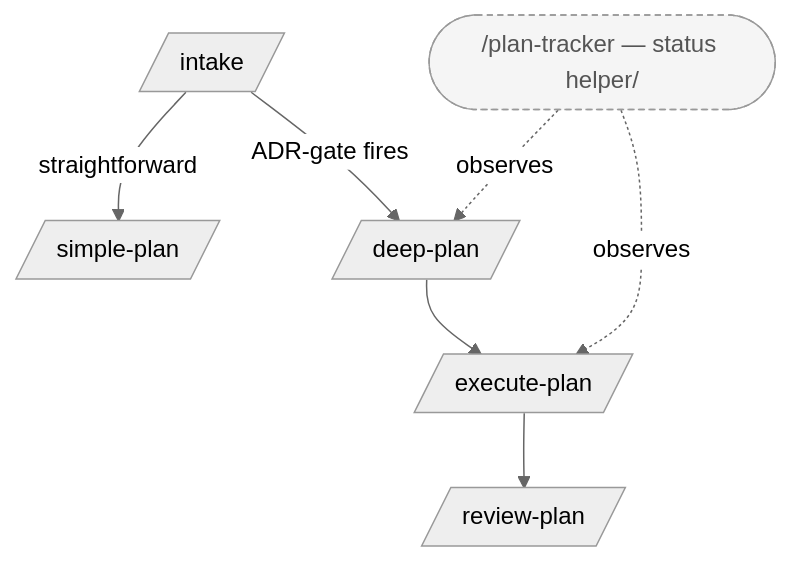
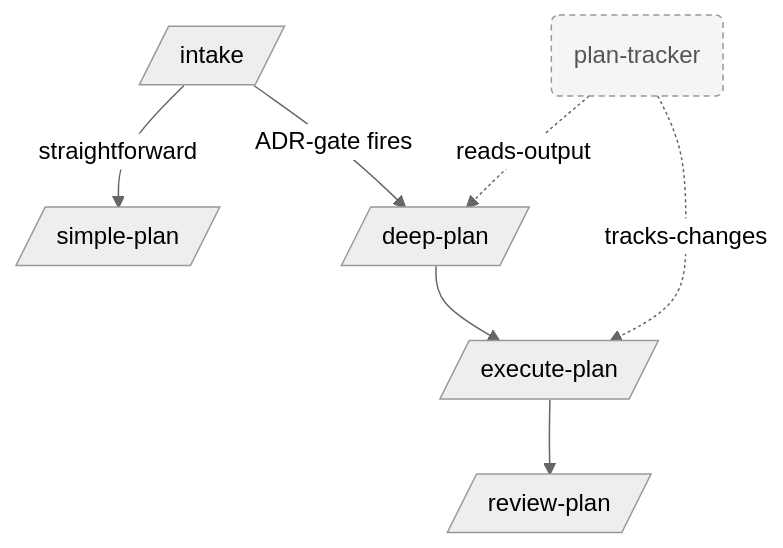
Before and after one commit to vpaivag/skills: the diagram in README.md, drawn with Mermaid (neutral theme).

Commit message:
Refactor tracker references in README
Updated tracker references and relationships in the README.

````diff
--- a/README.md
+++ b/README.md
@@ -7,20 +7,20 @@
 ```mermaid
 flowchart TD
     intake[/intake/]
     simple[/simple-plan/]
     deep[/deep-plan/]
     execute[/execute-plan/]
     review[/review-plan/]
-    tracker([/plan-tracker — status helper/])
+    tracker(plan-tracker)
 
     intake -->|straightforward| simple
     intake -->|ADR-gate fires| deep
     deep --> execute
     execute --> review
 
-    tracker -.observes.-> deep
-    tracker -.observes.-> execute
+    tracker -.reads-output.-> deep
+    tracker -.tracks-changes.-> execute
 
     classDef helper fill:#f5f5f5,stroke:#999,stroke-dasharray:4 3,color:#555
     class tracker helper
 ```
````
